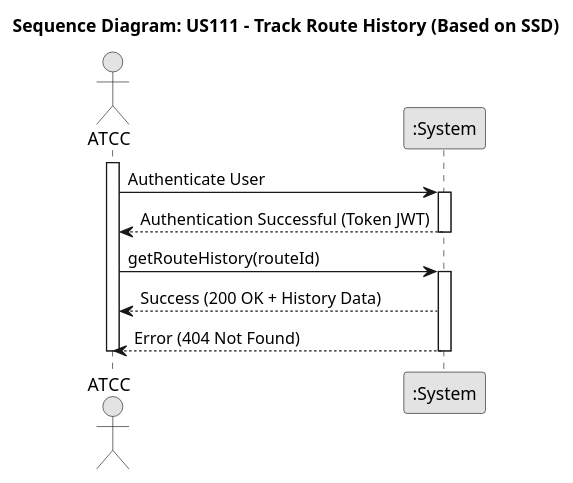
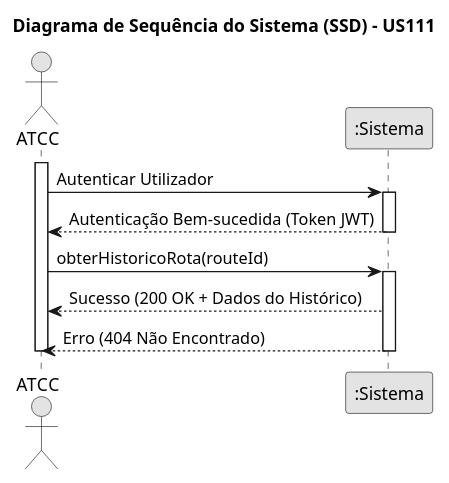
The diagram in docs/WP#3A/US111/US111_SSD.puml (1201107/AISafePSOFT_26_1201107_Larsen_Lorena), drawn with PlantUML before and after one commit. The commit also changed 8 other files, not shown here.

```diff
--- a/docs/WP#3A/US111/US111_SSD.puml
+++ b/docs/WP#3A/US111/US111_SSD.puml
@@ -1,27 +1,25 @@
 @startuml
 skinparam monochrome true
 skinparam shadowing false
 
-title Sequence Diagram: US111 - Track Route History (Based on SSD)
+title Diagrama de Sequência do Sistema (SSD) - US111
 
 actor "ATCC" as User
-participant ":System" as System
+participant ":Sistema" as System
 
 activate User
 
-
-User -> System : Authenticate User
+User -> System : Autenticar Utilizador
 activate System
-System --> User : Authentication Successful (Token JWT)
+System --> User : Autenticação Bem-sucedida (Token JWT)
 deactivate System
 
-
-User -> System : getRouteHistory(routeId)
+User -> System : obterHistoricoRota(routeId)
 activate System
 
-    System --> User : Success (200 OK + History Data)
-    System --> User : Error (404 Not Found)
+    System --> User : Sucesso (200 OK + Dados do Histórico)
+    System --> User : Erro (404 Não Encontrado)
 
 deactivate System
 deactivate User
 @enduml
```
